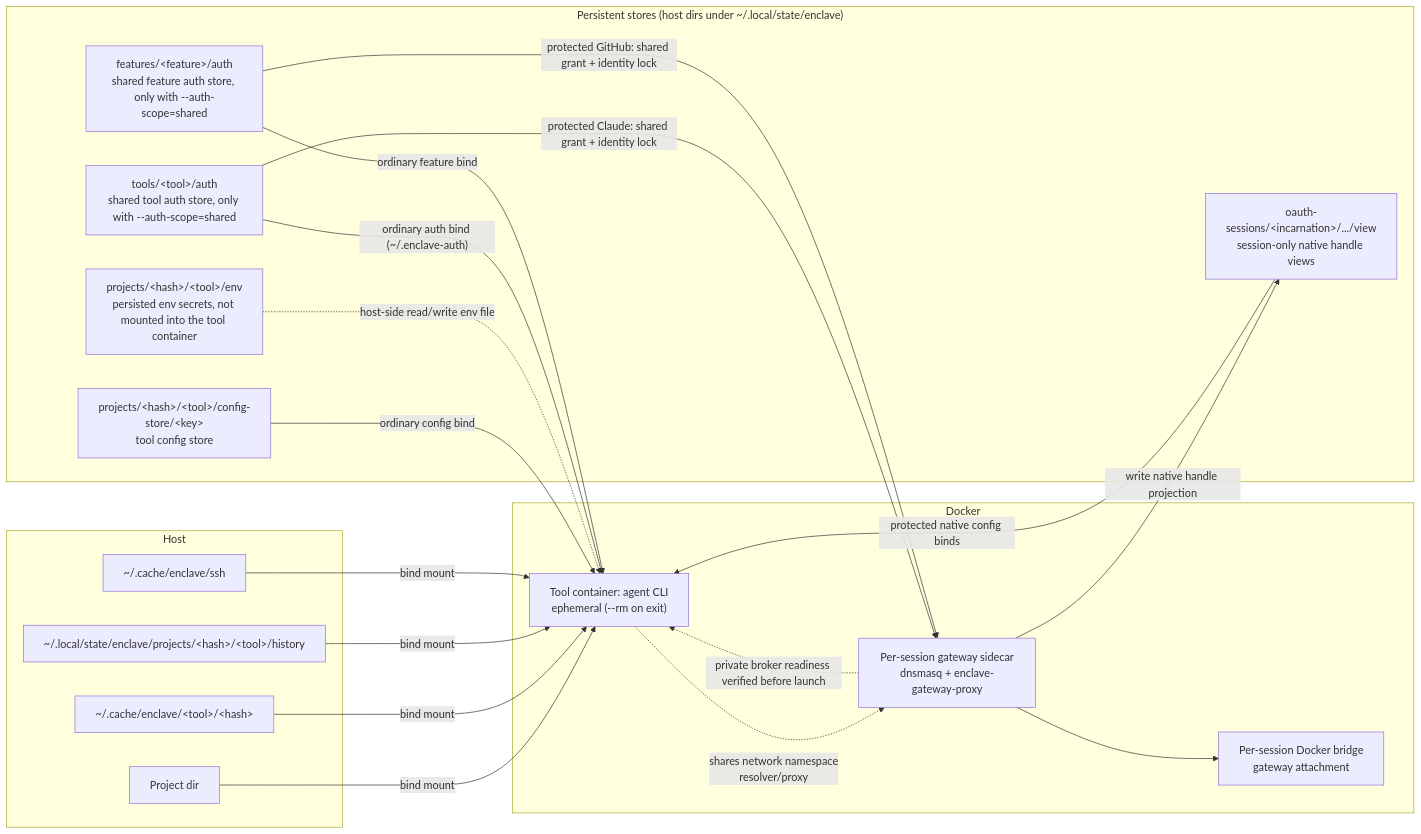
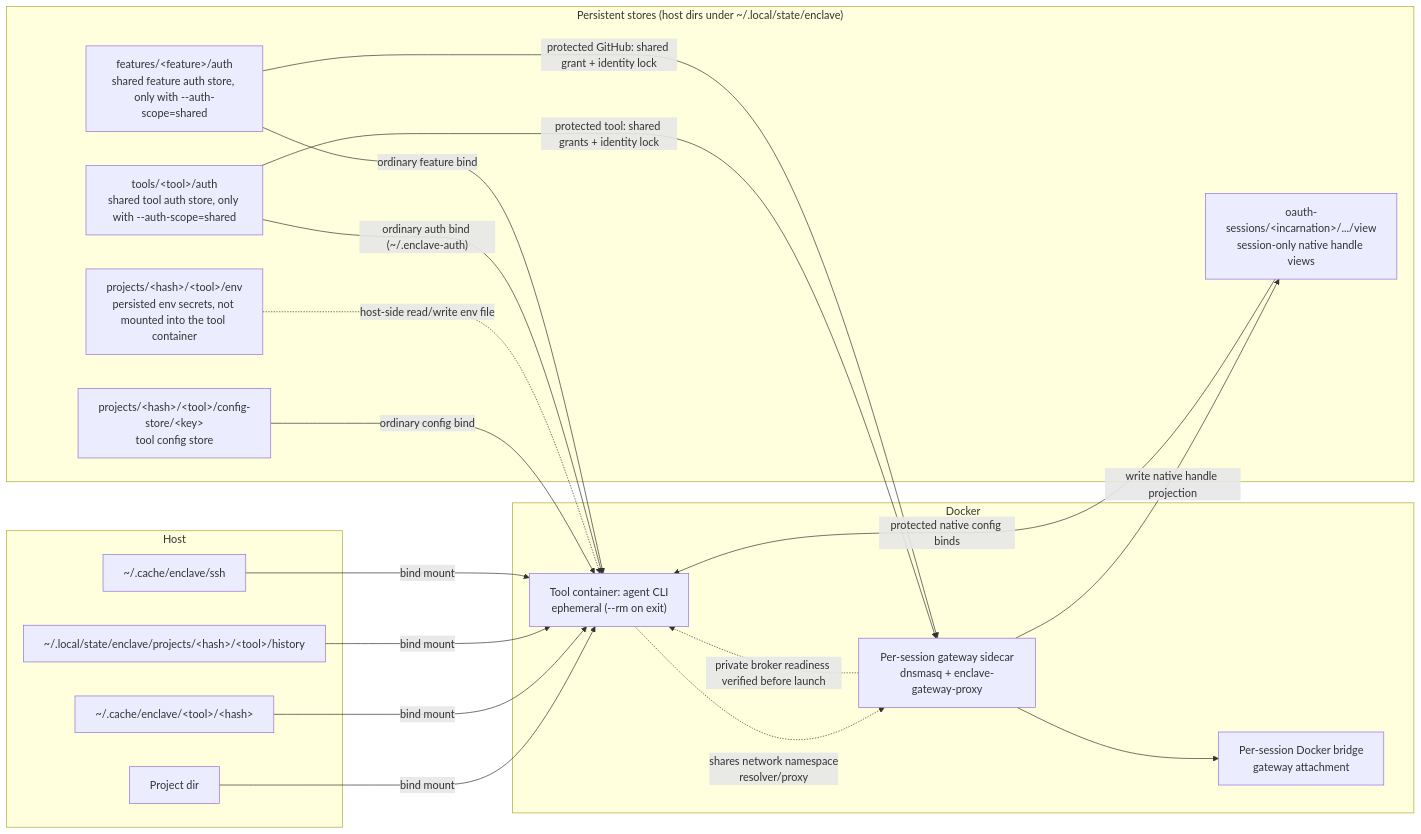
The first of 2 diagrams in docs/ARCHITECTURE.md (eclipse-enclave/enclave), drawn with Mermaid before and after one commit. The commit also changed other lines of this file and 16 other files, not shown here.

Commit message:
docs: describe protected auth for every built-in tool

````diff
--- a/docs/ARCHITECTURE.md
+++ b/docs/ARCHITECTURE.md
@@ -33,39 +33,39 @@
 ```mermaid
 flowchart LR
     subgraph Host
         ProjectDir["Project dir"]
         CacheDir["~/.cache/enclave/&lt;tool&gt;/&lt;hash&gt;"]
         HistoryDir["~/.local/state/enclave/projects/&lt;hash&gt;/&lt;tool&gt;/history"]
         SSHDir["~/.cache/enclave/ssh"]
     end
 
     subgraph Stores["Persistent stores (host dirs under ~/.local/state/enclave)"]
         ConfigStore["projects/&lt;hash&gt;/&lt;tool&gt;/config-store/&lt;key&gt;<br/>tool config store"]
         EnvStore["projects/&lt;hash&gt;/&lt;tool&gt;/env<br/>persisted env secrets, not mounted into the tool container"]
         SharedAuthStore["tools/&lt;tool&gt;/auth<br/>shared tool auth store, only with --auth-scope=shared"]
         FeatureAuthStore["features/&lt;feature&gt;/auth<br/>shared feature auth store, only with --auth-scope=shared"]
         ProtectedViews["oauth-sessions/&lt;incarnation&gt;/.../view<br/>session-only native handle views"]
     end
 
     subgraph Docker
         DnsNet["Per-session Docker bridge<br/>gateway attachment"]
         Gateway["Per-session gateway sidecar<br/>dnsmasq + enclave-gateway-proxy"]
         Tool["Tool container: agent CLI<br/>ephemeral (--rm on exit)"]
     end
 
     ProjectDir -->|"bind mount"| Tool
     CacheDir -->|"bind mount"| Tool
     HistoryDir -->|"bind mount"| Tool
     SSHDir -->|"bind mount"| Tool
     ConfigStore -->|"ordinary config bind"| Tool
     EnvStore -.->|"host-side read/write env file"| Tool
     SharedAuthStore -->|"ordinary auth bind (~/.enclave-auth)"| Tool
     FeatureAuthStore -->|"ordinary feature bind"| Tool
-    SharedAuthStore -->|"protected Claude: shared grant + identity lock"| Gateway
+    SharedAuthStore -->|"protected tool: shared grants + identity lock"| Gateway
     FeatureAuthStore -->|"protected GitHub: shared grant + identity lock"| Gateway
     Gateway -->|"write native handle projection"| ProtectedViews
     Gateway -.->|"private broker readiness verified before launch"| Tool
     ProtectedViews -->|"protected native config binds"| Tool
     Gateway --> DnsNet
     Tool -.->|"shares network namespace<br/>resolver/proxy"| Gateway
 ```
````
